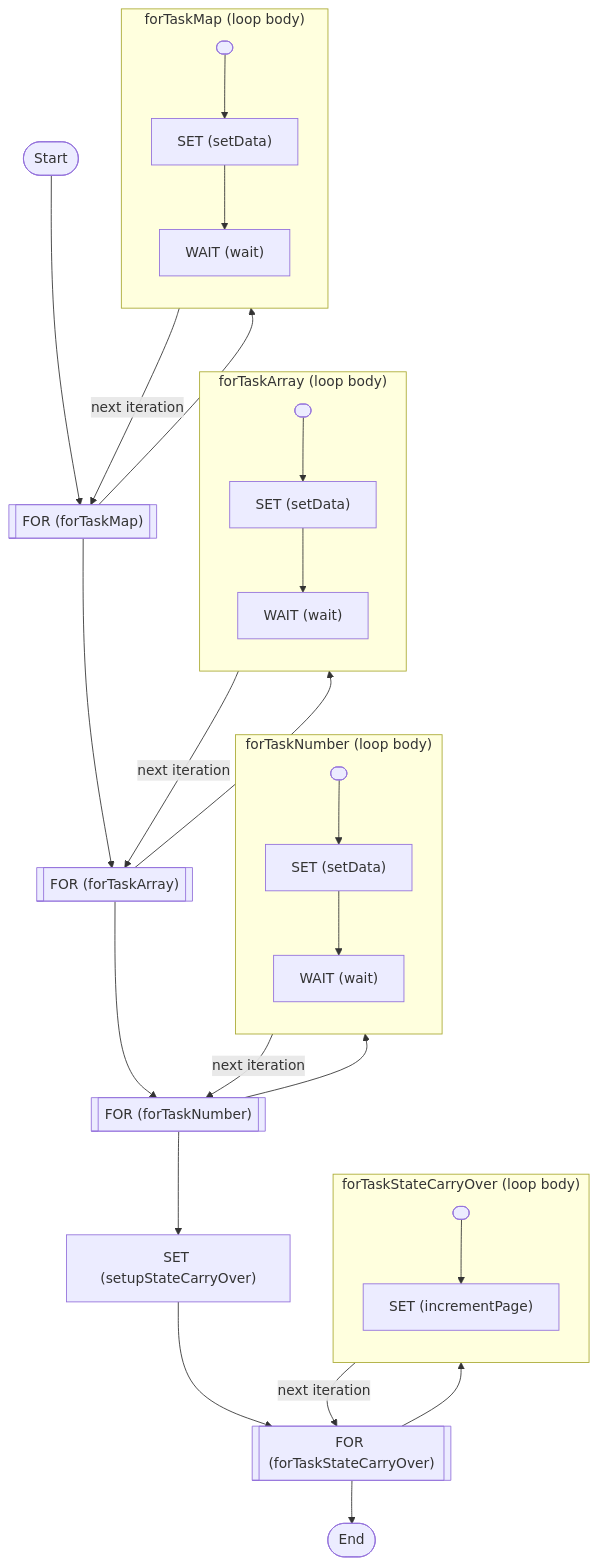
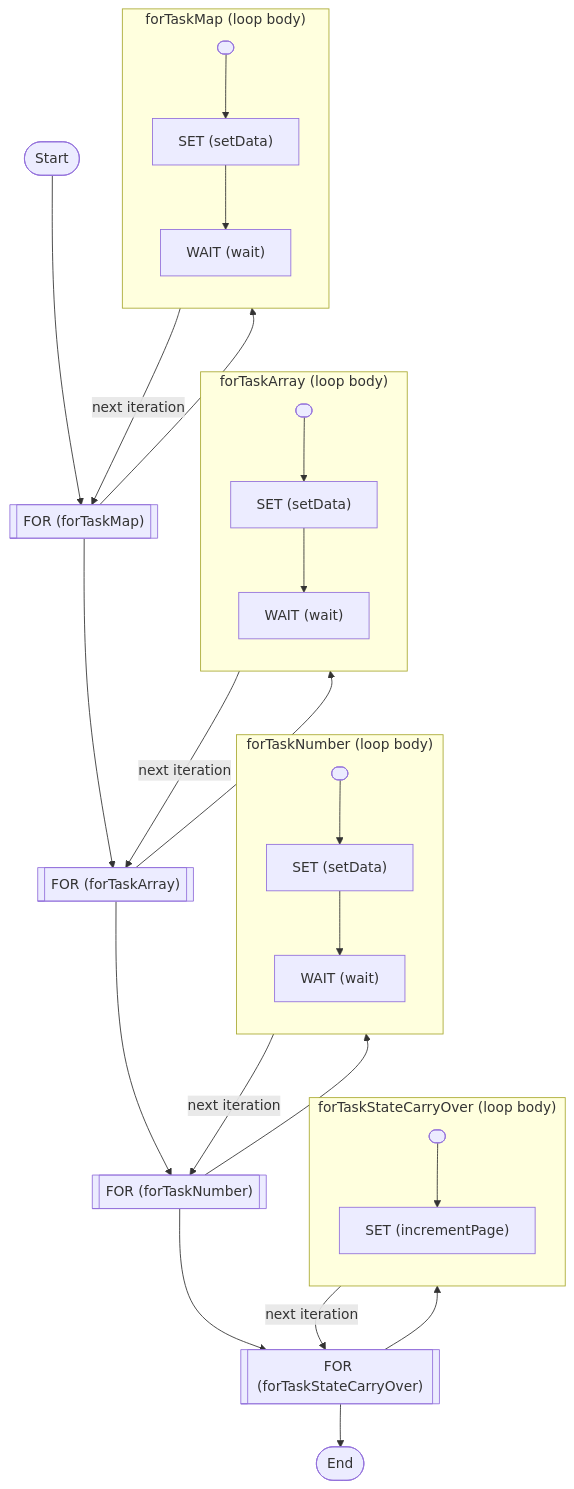
One commit to zigflow/zigflow changed the diagram in examples/for-loop/README.md. Above: the diagram before and after it, drawn with Mermaid. The commit also changed 3 other files, not shown here.

````diff
--- a/examples/for-loop/README.md
+++ b/examples/for-loop/README.md
@@ -26,54 +26,52 @@
 ```mermaid
 flowchart TD
     for_loop__start([Start])
     for_loop__end([End])
     for_loop_forTaskMap[["FOR (forTaskMap)"]]
     subgraph body_forTaskMap["forTaskMap (loop body)"]
         direction TB
         for_loop_forTaskMap_body__start([ ])
         for_loop_forTaskMap_body_setData["SET (setData)"]
         for_loop_forTaskMap_body__start --> for_loop_forTaskMap_body_setData
         for_loop_forTaskMap_body_wait["WAIT (wait)"]
         for_loop_forTaskMap_body_setData --> for_loop_forTaskMap_body_wait
     end
     for_loop_forTaskMap --> for_loop_forTaskMap_body__start
     for_loop_forTaskMap_body_wait -->|"next iteration"| for_loop_forTaskMap
     for_loop__start --> for_loop_forTaskMap
     for_loop_forTaskArray[["FOR (forTaskArray)"]]
     subgraph body_forTaskArray["forTaskArray (loop body)"]
         direction TB
         for_loop_forTaskArray_body__start([ ])
         for_loop_forTaskArray_body_setData["SET (setData)"]
         for_loop_forTaskArray_body__start --> for_loop_forTaskArray_body_setData
         for_loop_forTaskArray_body_wait["WAIT (wait)"]
         for_loop_forTaskArray_body_setData --> for_loop_forTaskArray_body_wait
     end
     for_loop_forTaskArray --> for_loop_forTaskArray_body__start
     for_loop_forTaskArray_body_wait -->|"next iteration"| for_loop_forTaskArray
     for_loop_forTaskMap --> for_loop_forTaskArray
     for_loop_forTaskNumber[["FOR (forTaskNumber)"]]
     subgraph body_forTaskNumber["forTaskNumber (loop body)"]
         direction TB
         for_loop_forTaskNumber_body__start([ ])
         for_loop_forTaskNumber_body_setData["SET (setData)"]
         for_loop_forTaskNumber_body__start --> for_loop_forTaskNumber_body_setData
         for_loop_forTaskNumber_body_wait["WAIT (wait)"]
         for_loop_forTaskNumber_body_setData --> for_loop_forTaskNumber_body_wait
     end
     for_loop_forTaskNumber --> for_loop_forTaskNumber_body__start
     for_loop_forTaskNumber_body_wait -->|"next iteration"| for_loop_forTaskNumber
     for_loop_forTaskArray --> for_loop_forTaskNumber
-    for_loop_setupStateCarryOver["SET (setupStateCarryOver)"]
-    for_loop_forTaskNumber --> for_loop_setupStateCarryOver
     for_loop_forTaskStateCarryOver[["FOR (forTaskStateCarryOver)"]]
     subgraph body_forTaskStateCarryOver["forTaskStateCarryOver (loop body)"]
         direction TB
         for_loop_forTaskStateCarryOver_body__start([ ])
         for_loop_forTaskStateCarryOver_body_incrementPage["SET (incrementPage)"]
         for_loop_forTaskStateCarryOver_body__start --> for_loop_forTaskStateCarryOver_body_incrementPage
     end
     for_loop_forTaskStateCarryOver --> for_loop_forTaskStateCarryOver_body__start
     for_loop_forTaskStateCarryOver_body_incrementPage -->|"next iteration"| for_loop_forTaskStateCarryOver
-    for_loop_setupStateCarryOver --> for_loop_forTaskStateCarryOver
+    for_loop_forTaskNumber --> for_loop_forTaskStateCarryOver
     for_loop_forTaskStateCarryOver --> for_loop__end
 ```
````
